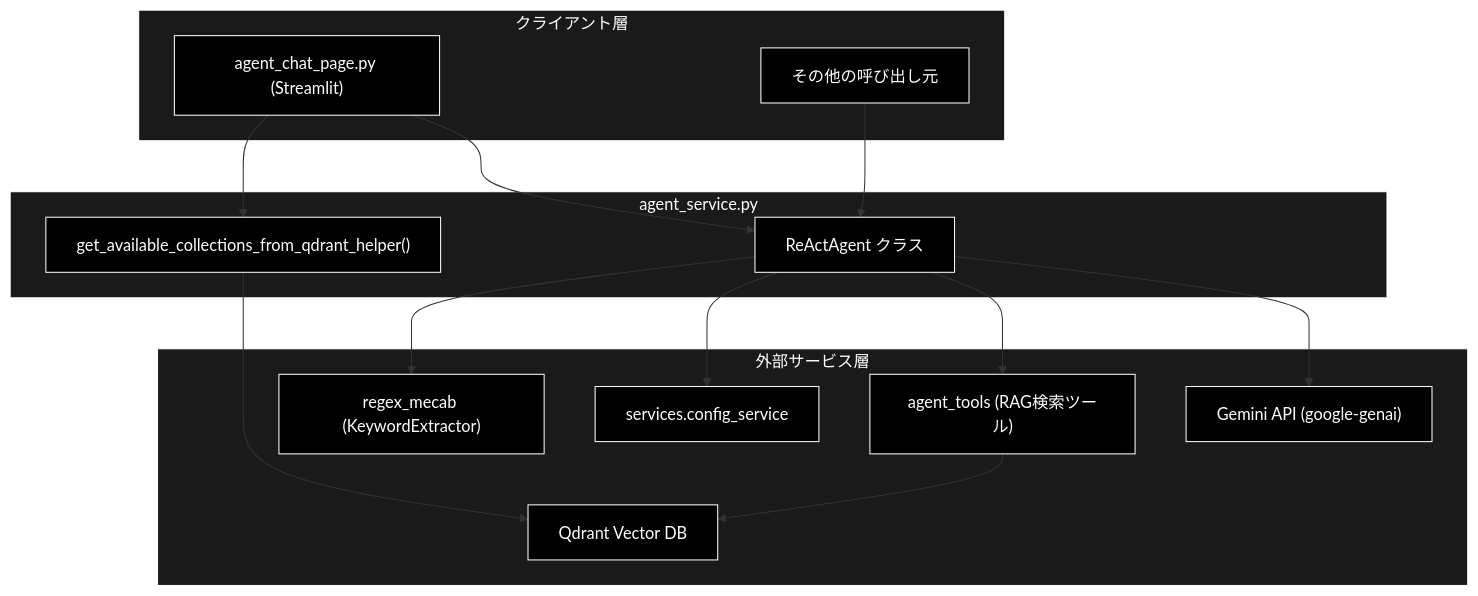
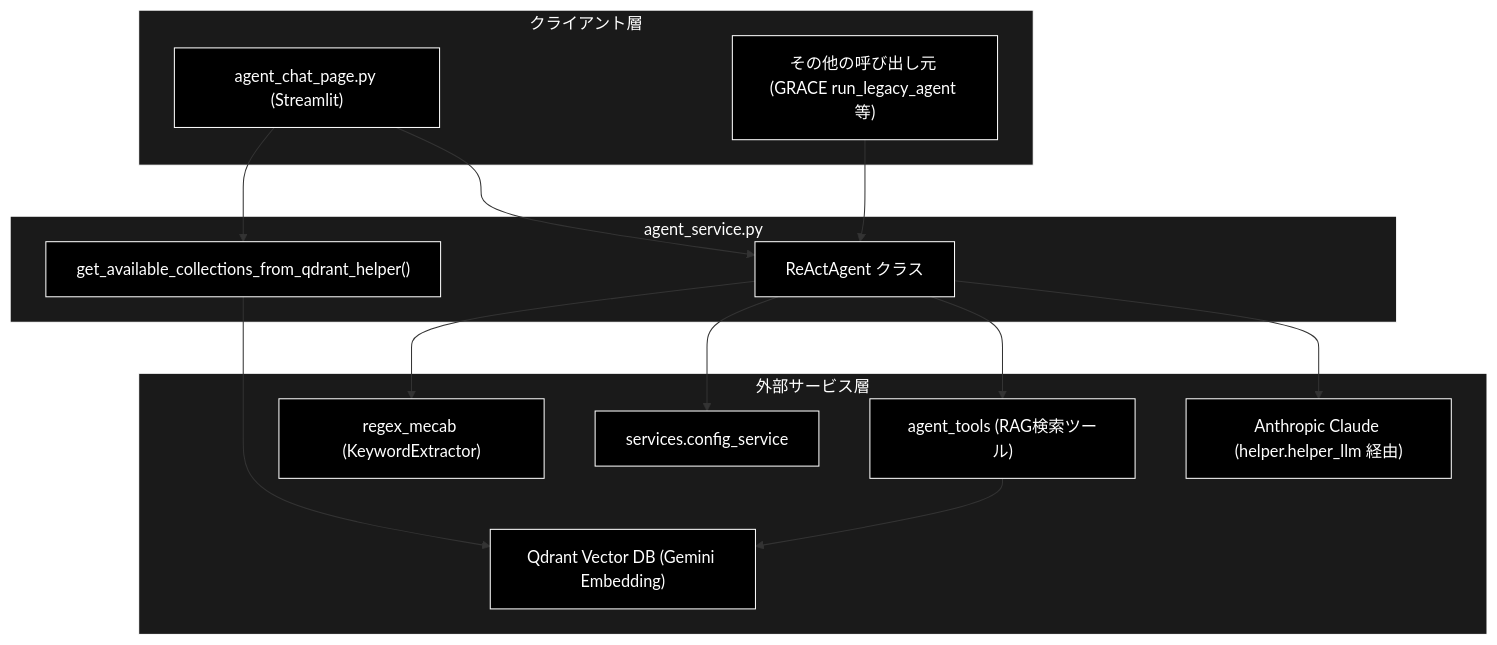
One commit to nakashima2toshio/anthropic_grace_agent_v2 changed the first of 3 diagrams in services/doc/agent_service.md. Above: the diagram before and after it, drawn with Mermaid. The commit also changed other lines of this file, not shown here.

First line of the commit message:
docs: services/doc/agent_service.md を Anthropic ネイティブに改修

````diff
--- a/services/doc/agent_service.md
+++ b/services/doc/agent_service.md
@@ -71,36 +71,36 @@
 ```mermaid
 flowchart TB
     subgraph CLIENT["クライアント層"]
         UI["agent_chat_page.py (Streamlit)"]
-        OTHER["その他の呼び出し元"]
+        OTHER["その他の呼び出し元 (GRACE run_legacy_agent 等)"]
     end
 
     subgraph MODULE["agent_service.py"]
         AGENT["ReActAgent クラス"]
         HELPER["get_available_collections_from_qdrant_helper()"]
     end
 
     subgraph EXTERNAL["外部サービス層"]
-        GEMINI["Gemini API (google-genai)"]
+        LLM["Anthropic Claude (helper.helper_llm 経由)"]
         TOOLS["agent_tools (RAG検索ツール)"]
-        QDRANT["Qdrant Vector DB"]
+        QDRANT["Qdrant Vector DB (Gemini Embedding)"]
         CONFIG["services.config_service"]
         MECAB["regex_mecab (KeywordExtractor)"]
     end
 
     UI --> AGENT
     OTHER --> AGENT
     UI --> HELPER
-    AGENT --> GEMINI
+    AGENT --> LLM
     AGENT --> TOOLS
     AGENT --> CONFIG
     AGENT --> MECAB
     TOOLS --> QDRANT
     HELPER --> QDRANT
 classDef default fill:#000,stroke:#fff,color:#fff
 classDef subgraphStyle fill:#1a1a1a,stroke:#fff,color:#fff
-class UI,OTHER,AGENT,HELPER,GEMINI,TOOLS,QDRANT,CONFIG,MECAB default
+class UI,OTHER,AGENT,HELPER,LLM,TOOLS,QDRANT,CONFIG,MECAB default
 style CLIENT fill:#1a1a1a,stroke:#fff,color:#fff
 style MODULE fill:#1a1a1a,stroke:#fff,color:#fff
 style EXTERNAL fill:#1a1a1a,stroke:#fff,color:#fff
 ```
````
